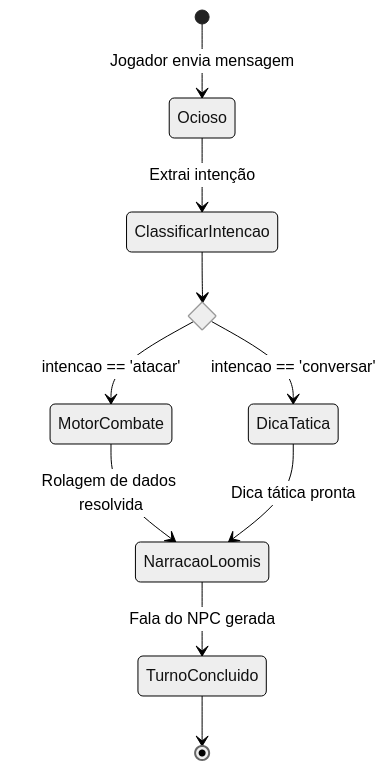
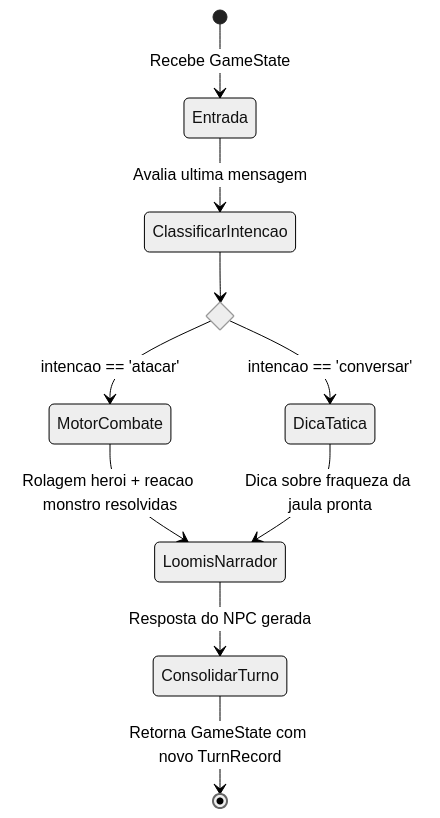
The fourth of 4 diagrams in docs/architecture.md (gradprojetos/ai-npc), drawn with Mermaid (neutral theme) before and after one commit. The commit also changed other lines of this file and 3 other files, not shown here.

Commit message:
docs: update architecture, game rules and integration next steps

````diff
--- a/docs/architecture.md
+++ b/docs/architecture.md
@@ -114,17 +212,17 @@
 ```mermaid
 stateDiagram-v2
-    [*] --> Ocioso : Jogador envia mensagem
-    Ocioso --> ClassificarIntencao : Extrai intenção
+    [*] --> Entrada : Recebe GameState
+    Entrada --> ClassificarIntencao : Avalia ultima mensagem
     
     state checagem_intencao <<choice>>
     ClassificarIntencao --> checagem_intencao
     
     checagem_intencao --> MotorCombate : intencao == 'atacar'
     checagem_intencao --> DicaTatica : intencao == 'conversar'
     
-    MotorCombate --> NarracaoLoomis : Rolagem de dados resolvida
-    DicaTatica --> NarracaoLoomis : Dica tática pronta
+    MotorCombate --> LoomisNarrador : Rolagem heroi + reacao monstro resolvidas
+    DicaTatica --> LoomisNarrador : Dica sobre fraqueza da jaula pronta
     
-    NarracaoLoomis --> TurnoConcluido : Fala do NPC gerada
-    TurnoConcluido --> [*]
+    LoomisNarrador --> ConsolidarTurno : Resposta do NPC gerada
+    ConsolidarTurno --> [*] : Retorna GameState com novo TurnRecord
 ```
````
